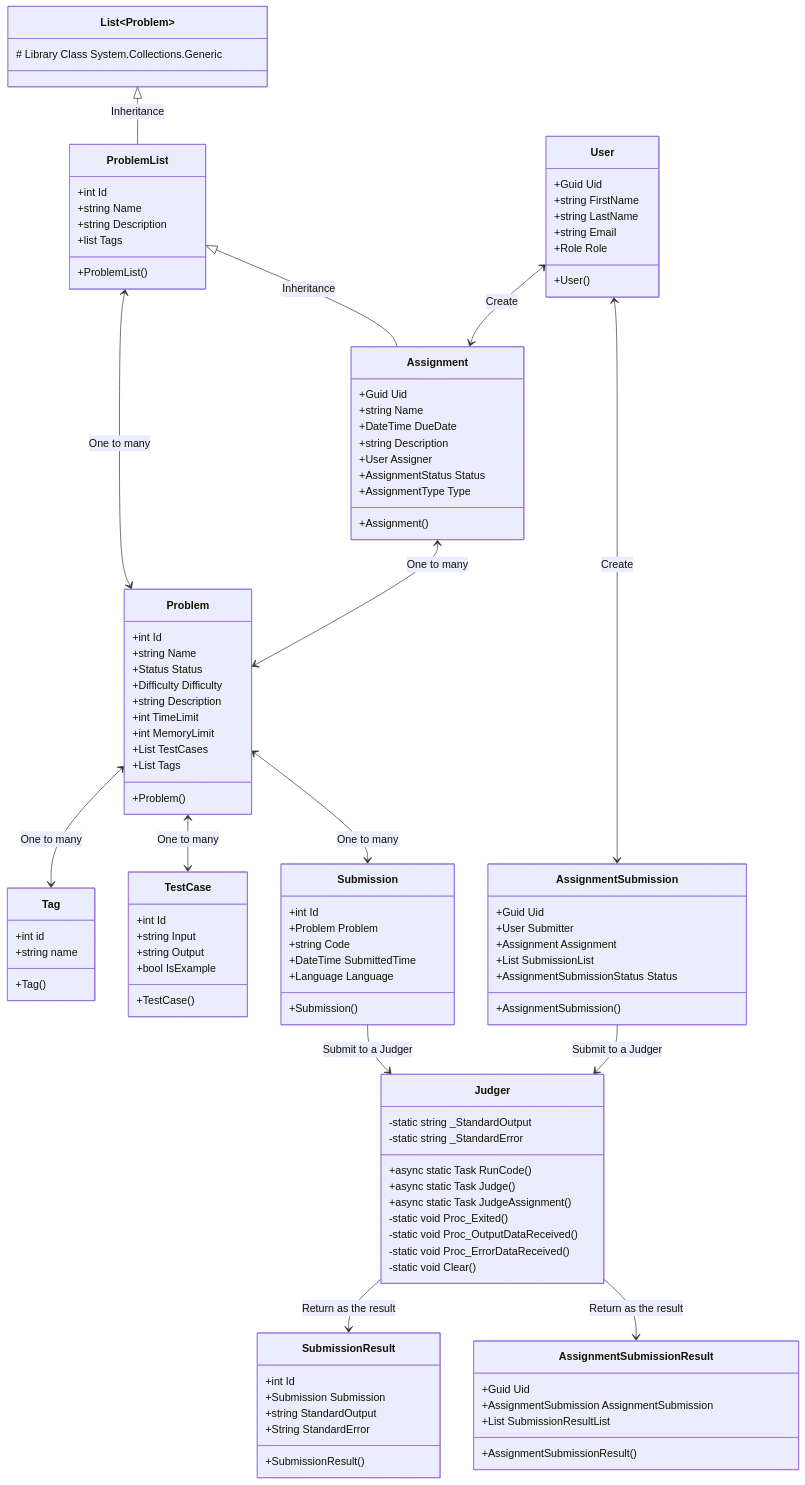
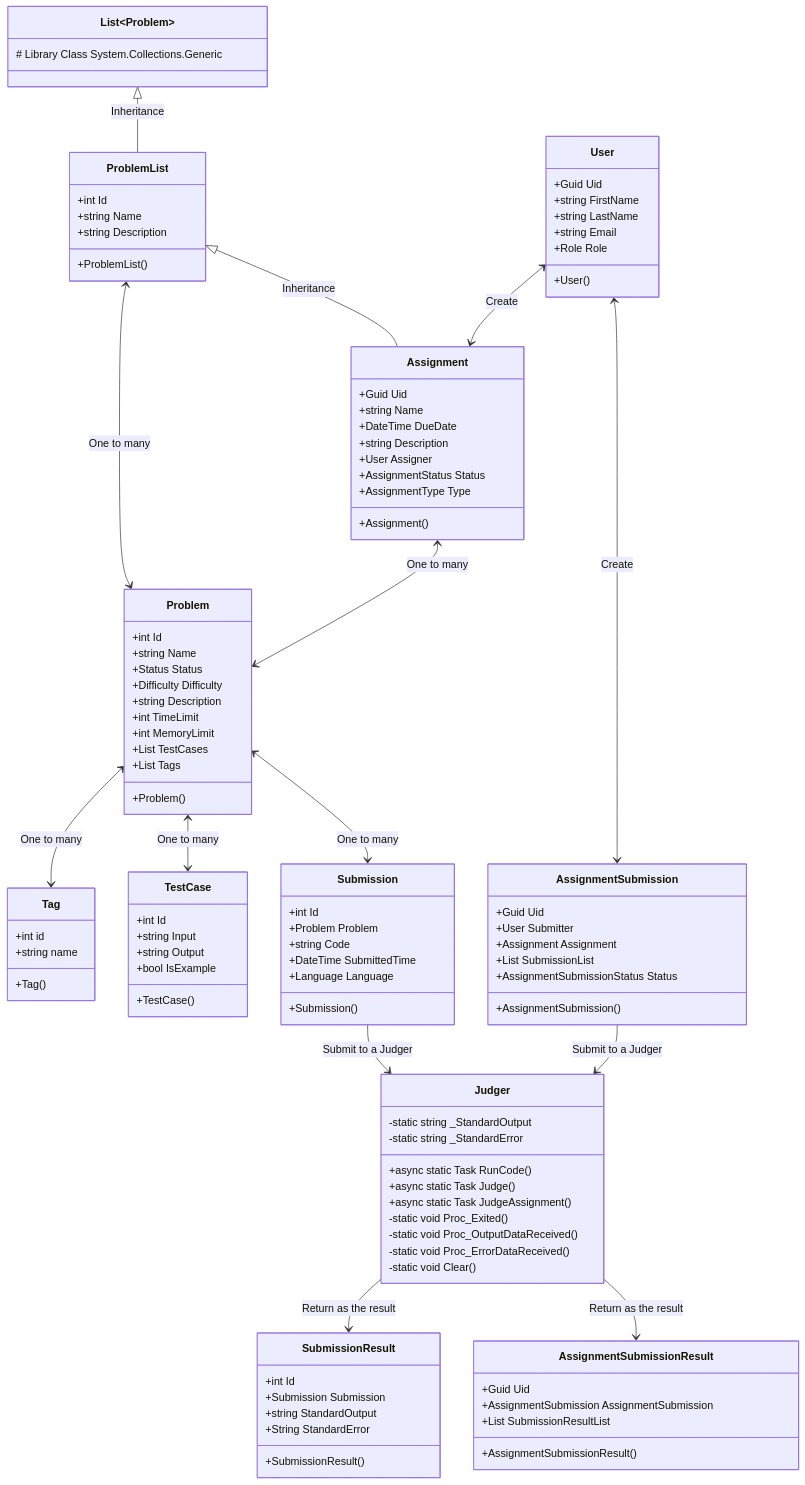
The diagram in report/graphs/classDiagram.mmd (HEIGE-PCloud/Algorithm-Dynamics), drawn with Mermaid before and after one commit. The commit also changed 2 other files, not shown here.

```diff
--- a/report/graphs/classDiagram.mmd
+++ b/report/graphs/classDiagram.mmd
@@ -1,106 +1,105 @@
 classDiagram
     class Tag{
         +int id
         +string name
         +Tag()
     }
     class TestCase{
         +int Id
         +string Input
         +string Output
         +bool IsExample
         +TestCase()
     }
     class Problem{
         +int Id
         +string Name
         +Status Status
         +Difficulty Difficulty
         +string Description
         +int TimeLimit
         +int MemoryLimit
         +List<TestCase> TestCases
         +List<Tag> Tags
         +Problem()
     }
     class List~Problem~ {
         # Library Class System.Collections.Generic
     }
     class ProblemList{
         +int Id
         +string Name
         +string Description
-        +list<Tag> Tags
         +ProblemList()
     }
     class Assignment{
         +Guid Uid
         +string Name
         +DateTime DueDate
         +string Description
         +User Assigner
         +AssignmentStatus Status
         +AssignmentType Type
         +Assignment()
     }
     class Submission{
         +int Id
         +Problem Problem
         +string Code
         +DateTime SubmittedTime
         +Language Language
         +Submission()
     }
     class SubmissionResult{
         +int Id
         +Submission Submission
         +string StandardOutput
         +String StandardError
         +SubmissionResult()
     }
     class AssignmentSubmission{
         +Guid Uid
         +User Submitter
         +Assignment Assignment
         +List<Submission> SubmissionList
         +AssignmentSubmissionStatus Status
         +AssignmentSubmission()
     }
     class AssignmentSubmissionResult{
         +Guid Uid
         +AssignmentSubmission AssignmentSubmission
         +List<SubmissionResult> SubmissionResultList
         +AssignmentSubmissionResult()
     }
     class Judger{
         -static string _StandardOutput
         -static string _StandardError
         +async static Task<SubmissionResult> RunCode()
         +async static Task<SubmissionResult> Judge()
         +async static Task<AssignmentSubmission> JudgeAssignment()
         -static void Proc_Exited()
         -static void Proc_OutputDataReceived()
         -static void Proc_ErrorDataReceived()
         -static void Clear()
     }
     class User{
         +Guid Uid
         +string FirstName
         +string LastName
         +string Email
         +Role Role
         +User()
     }
     List <|-- ProblemList: Inheritance
     ProblemList <|-- Assignment: Inheritance
     Submission --> Judger: Submit to a Judger
     Judger -->  SubmissionResult: Return as the result
     Problem <--> Tag:One to many
     Problem <--> TestCase:One to many
     Problem <--> Submission:One to many
     ProblemList <--> Problem:One to many
     Assignment <--> Problem:One to many
     User <--> Assignment:Create
     User <--> AssignmentSubmission:Create
     AssignmentSubmission --> Judger: Submit to a Judger
     Judger -->  AssignmentSubmissionResult: Return as the result
```
